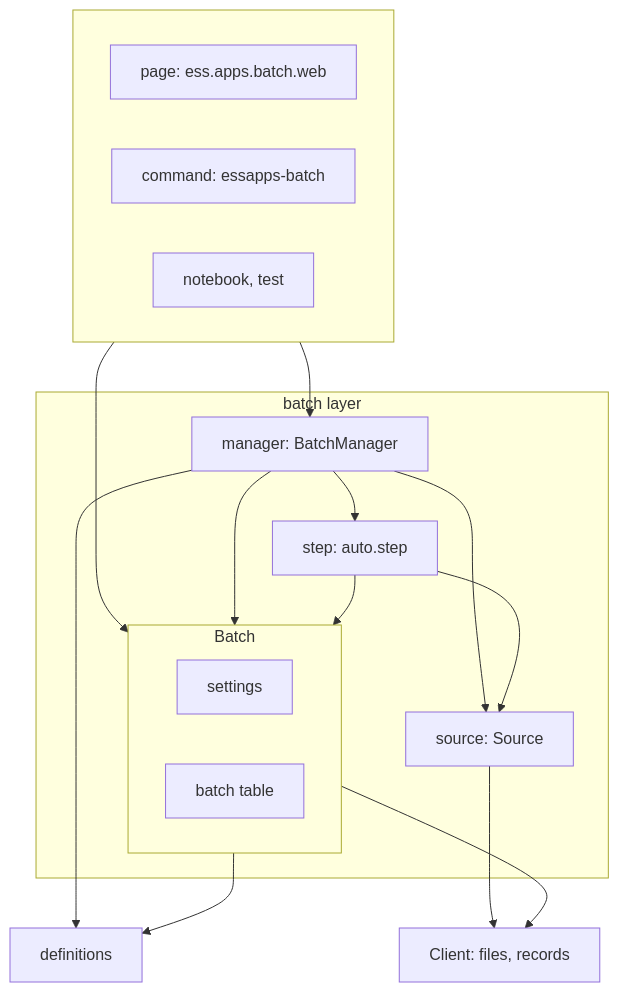
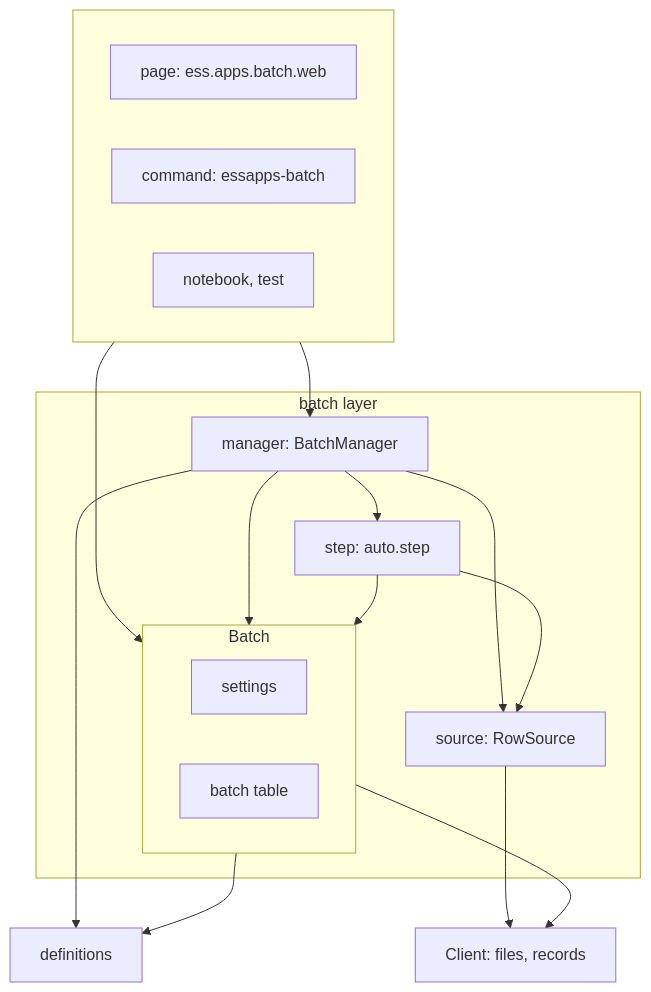
Before and after one commit to scipp/essapps: the first of 5 diagrams in packages/essapps/docs/batch.md, drawn with Mermaid. The commit also changed other lines of this file and 26 other files, not shown here.

First line of the commit message:
Name the row source and the parameter columns

````diff
--- a/packages/essapps/docs/batch.md
+++ b/packages/essapps/docs/batch.md
@@ -14,30 +14,30 @@
 ```mermaid
 flowchart TD
     subgraph callers [" "]
         page["page: ess.apps.batch.web"]
         command["command: essapps-batch"]
         notebook["notebook, test"]
     end
     subgraph layer ["batch layer"]
         manager["manager: BatchManager"]
         subgraph batch ["Batch"]
             settings
             table["batch table"]
         end
         step["step: auto.step"]
-        source["source: Source"]
+        source["source: RowSource"]
     end
     definitions["definitions"]
     client["Client: files, records"]
     callers --> batch
     callers --> manager
     manager --> batch
     manager --> step
     manager --> source
     manager --> definitions
     step --> batch
     step --> source
     batch --> definitions
     batch --> client
     source --> client
 ```
````
